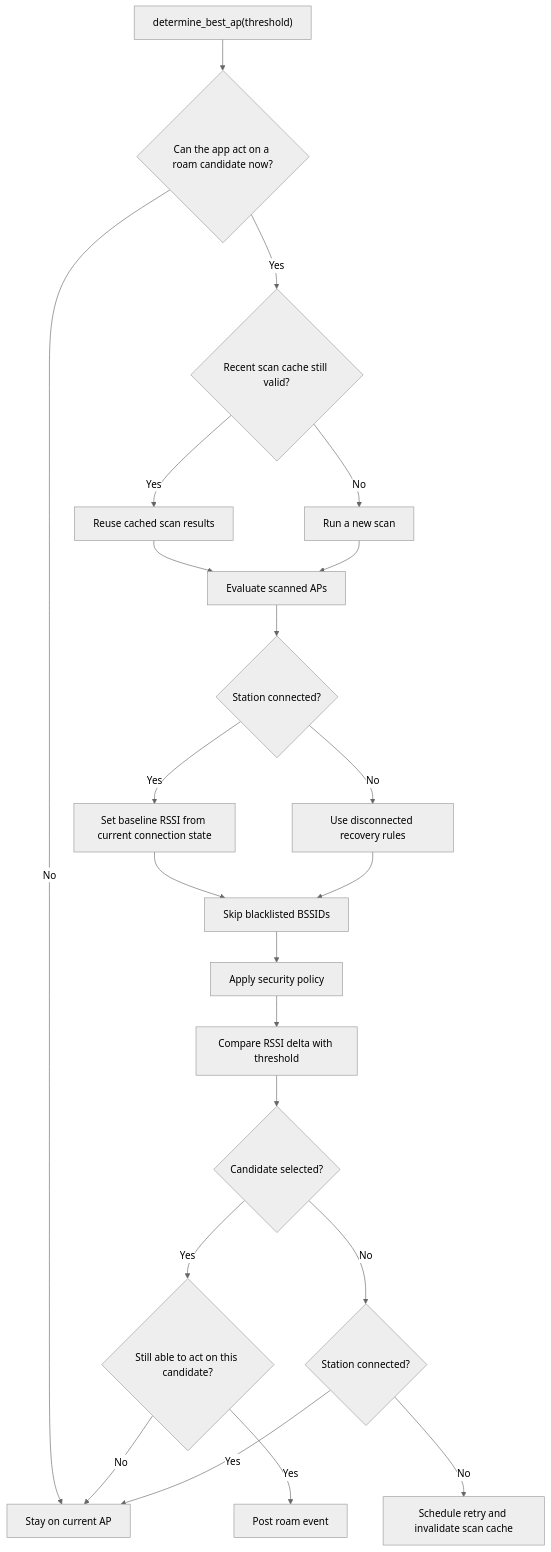
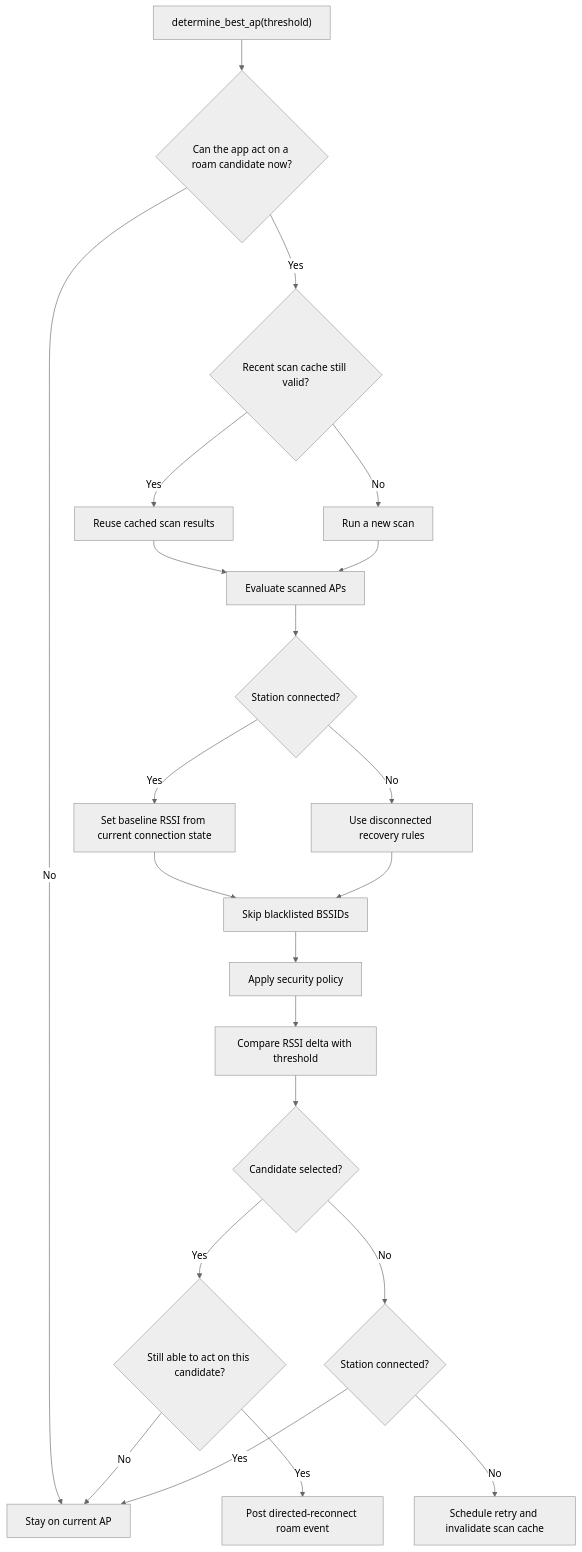
The third of 4 diagrams in components/esp_wifi/wifi_apps/roaming_app/src/ROAMING_FLOW.md (espressif/esp-idf), drawn with Mermaid (neutral theme) before and after one commit. The commit also changed other lines of this file and 4 other files, not shown here.

````diff
--- a/components/esp_wifi/wifi_apps/roaming_app/src/ROAMING_FLOW.md
+++ b/components/esp_wifi/wifi_apps/roaming_app/src/ROAMING_FLOW.md
@@ -109,27 +110,27 @@
 ```mermaid
 flowchart TD
     A["determine_best_ap(threshold)"] --> A1{"Can the app act on a roam candidate now?"}
     A1 -- "No" --> O["Stay on current AP"]
     A1 -- "Yes" --> B{"Recent scan cache still valid?"}
     B -- "Yes" --> C["Reuse cached scan results"]
     B -- "No" --> D["Run a new scan"]
     C --> E["Evaluate scanned APs"]
     D --> E
 
     E --> F{"Station connected?"}
     F -- "Yes" --> G["Set baseline RSSI from current connection state"]
     F -- "No" --> H["Use disconnected recovery rules"]
     G --> I["Skip blacklisted BSSIDs"]
     H --> I
 
     I --> J["Apply security policy"]
     J --> K["Compare RSSI delta with threshold"]
     K --> L{"Candidate selected?"}
 
     L -- "Yes" --> M{"Still able to act on this candidate?"}
-    M -- "Yes" --> Q["Post roam event"]
+    M -- "Yes" --> Q["Post directed-reconnect roam event"]
     M -- "No" --> O
     L -- "No" --> N{"Station connected?"}
     N -- "Yes" --> O["Stay on current AP"]
     N -- "No" --> P["Schedule retry and invalidate scan cache"]
 ```
````
